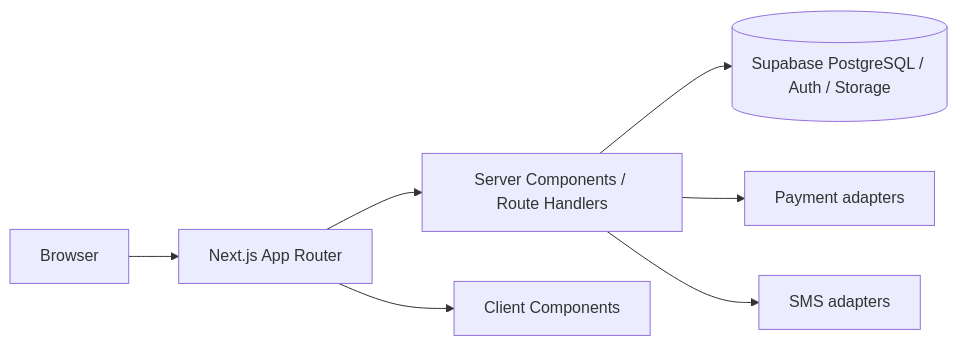
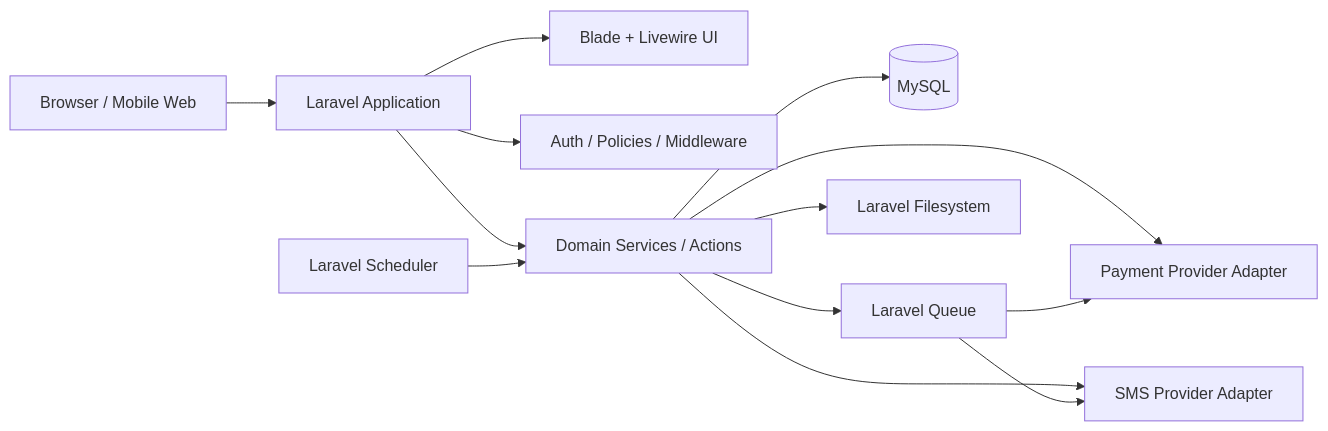
The diagram in docs/ARCHITECTURE.md (PHENOMVALENCE/RentFlow), drawn with Mermaid before and after one commit. The commit also changed other lines of this file, not shown here.

Commit message:
docs: redesign architecture around Laravel monolith

````diff
--- a/docs/ARCHITECTURE.md
+++ b/docs/ARCHITECTURE.md
@@ -17,9 +20,15 @@
 ```mermaid
 flowchart LR
-  Browser --> NextApp[Next.js App Router]
-  NextApp --> RSC[Server Components / Route Handlers]
-  NextApp --> Client[Client Components]
-  RSC --> Supabase[(Supabase PostgreSQL / Auth / Storage)]
-  RSC --> Payments[Payment adapters]
-  RSC --> SMS[SMS adapters]
+    Browser[Browser / Mobile Web] --> Laravel[Laravel Application]
+    Laravel --> Blade[Blade + Livewire UI]
+    Laravel --> Auth[Auth / Policies / Middleware]
+    Laravel --> Domain[Domain Services / Actions]
+    Domain --> DB[(MySQL)]
+    Domain --> Queue[Laravel Queue]
+    Domain --> Storage[Laravel Filesystem]
+    Domain --> Payments[Payment Provider Adapter]
+    Domain --> SMS[SMS Provider Adapter]
+    Queue --> Payments
+    Queue --> SMS
+    Scheduler[Laravel Scheduler] --> Domain
 ```
````
